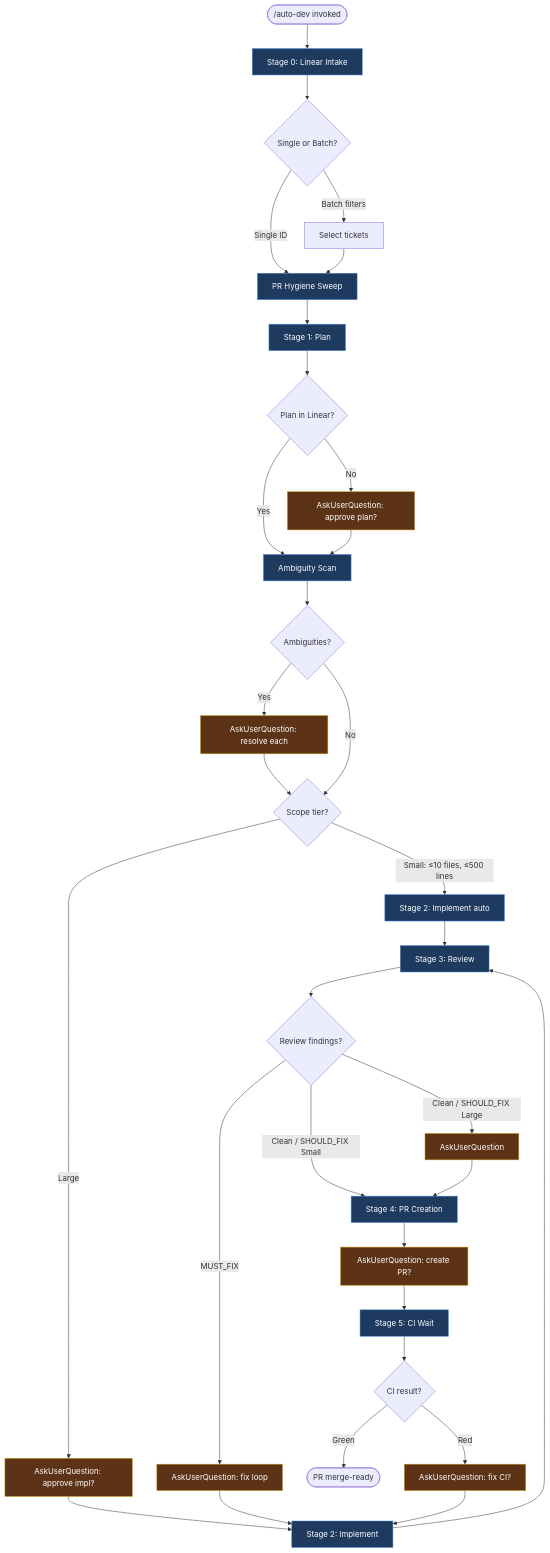
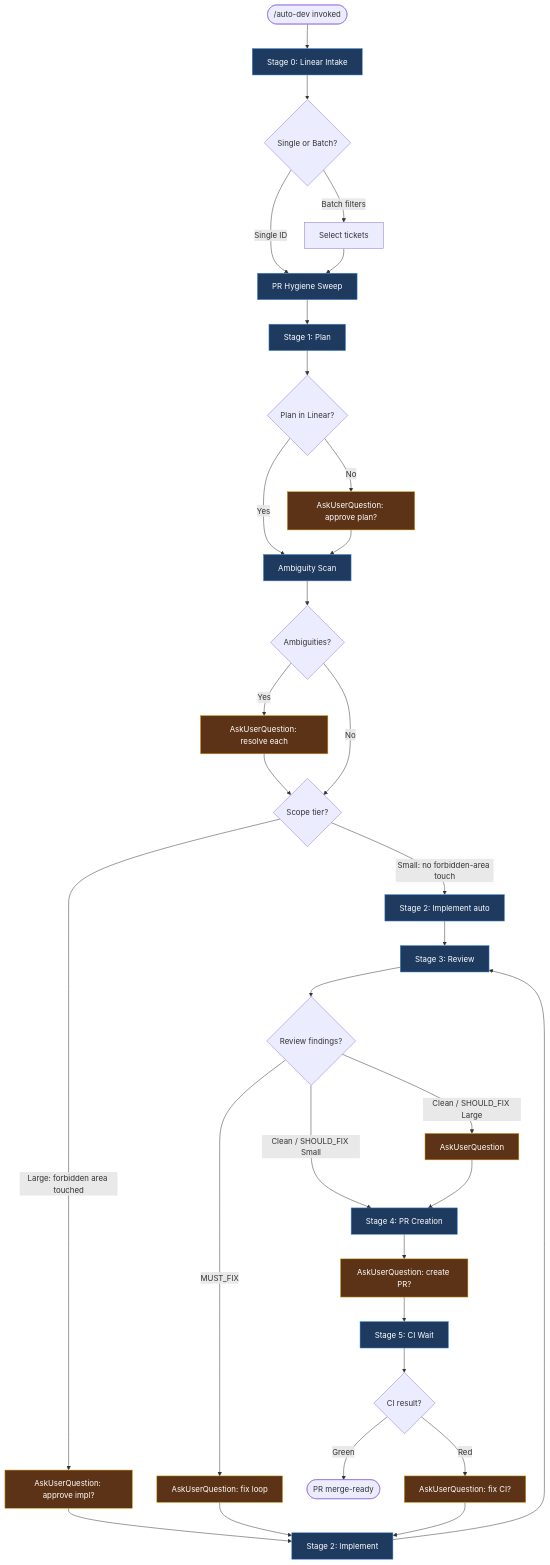
The diagram in .claude/commands/auto-dev.md (mattwwarren/claude-workspace), drawn with Mermaid before and after one commit. The commit also changed other lines of this file and 21 other files, not shown here.

First line of the commit message:
feat(auto-dev): scope tier is a risk classification, not a size (v4) (#2847)

````diff
--- a/.claude/commands/auto-dev.md
+++ b/.claude/commands/auto-dev.md
@@ -25,38 +25,38 @@
 ```mermaid
 flowchart TD
     Start([/auto-dev invoked]) --> S0[Stage 0: Linear Intake]
     S0 --> Mode{Single or Batch?}
     Mode -->|Single ID| Hygiene[PR Hygiene Sweep]
     Mode -->|Batch filters| Select[Select tickets] --> Hygiene
 
     Hygiene --> S1[Stage 1: Plan]
     S1 --> PlanSrc{Plan in Linear?}
     PlanSrc -->|Yes| Ambig[Ambiguity Scan]
     PlanSrc -->|No| AskPlan[AskUserQuestion: approve plan?]
     AskPlan --> Ambig
     Ambig --> AmbigFound{Ambiguities?}
     AmbigFound -->|Yes| AskAmbig[AskUserQuestion: resolve each] --> ScopeCheck
     AmbigFound -->|No| ScopeCheck{Scope tier?}
 
-    ScopeCheck -->|Small: ≤10 files, ≤500 lines| S2Small[Stage 2: Implement auto]
-    ScopeCheck -->|Large| AskImpl[AskUserQuestion: approve impl?]
+    ScopeCheck -->|Small: no forbidden-area touch| S2Small[Stage 2: Implement auto]
+    ScopeCheck -->|Large: forbidden area touched| AskImpl[AskUserQuestion: approve impl?]
     AskImpl --> S2Large[Stage 2: Implement]
     S2Small --> S3[Stage 3: Review]
     S2Large --> S3
 
     S3 --> Findings{Review findings?}
     Findings -->|Clean / SHOULD_FIX Small| S4[Stage 4: PR Creation]
     Findings -->|Clean / SHOULD_FIX Large| AskReview[AskUserQuestion] --> S4
     Findings -->|MUST_FIX| AskFix[AskUserQuestion: fix loop] --> S2Large
 
     S4 --> AskPR[AskUserQuestion: create PR?]
     AskPR --> S5[Stage 5: CI Wait]
     S5 --> CIResult{CI result?}
     CIResult -->|Green| Done([PR merge-ready])
     CIResult -->|Red| AskCI[AskUserQuestion: fix CI?] --> S2Large
 
     classDef stage fill:#1e3a5f,stroke:#4a90e2,color:#fff
     classDef checkpoint fill:#5c3317,stroke:#d4a017,color:#fff
     class S0,S1,S2Small,S2Large,S3,S4,S5,Hygiene,Ambig stage
     class AskPlan,AskImpl,AskReview,AskFix,AskPR,AskCI,AskAmbig checkpoint
 ```
````
